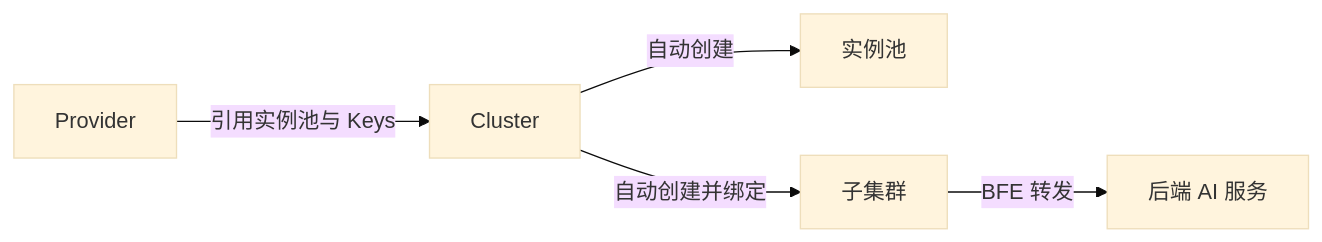
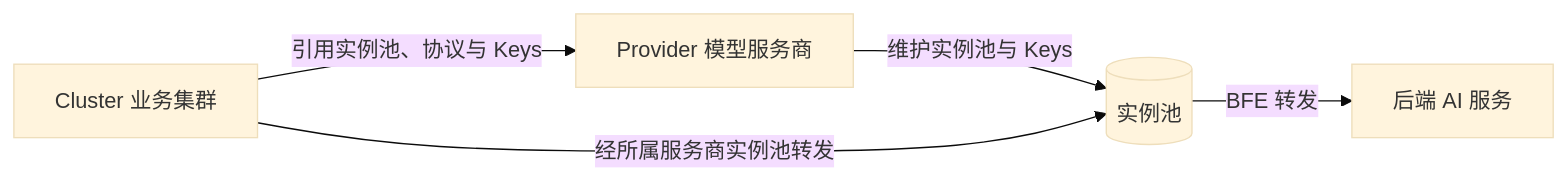
One commit to mileszhang2016/rainway-book changed the diagram in operation/chapter21-cluster-and-route-config.md. Above: the diagram before and after it, drawn with Mermaid (base theme). The commit also changed other lines of this file and 23 other files, not shown here.

````diff
--- a/operation/chapter21-cluster-and-route-config.md
+++ b/operation/chapter21-cluster-and-route-config.md
@@ -13,7 +13,7 @@
 ```mermaid
 graph LR
-    A[Provider] -->|引用实例池与 Keys| B[Cluster]
-    B -->|自动创建| C[实例池]
-    B -->|自动创建并绑定| D[子集群]
-    D -->|BFE 转发| E[后端 AI 服务]
+    A[Provider 模型服务商] -->|维护实例池与 Keys| C[(实例池)]
+    B[Cluster 业务集群] -->|引用实例池、协议与 Keys| A
+    B -->|经所属服务商实例池转发| C
+    C -->|BFE 转发| E[后端 AI 服务]
 ```
````
